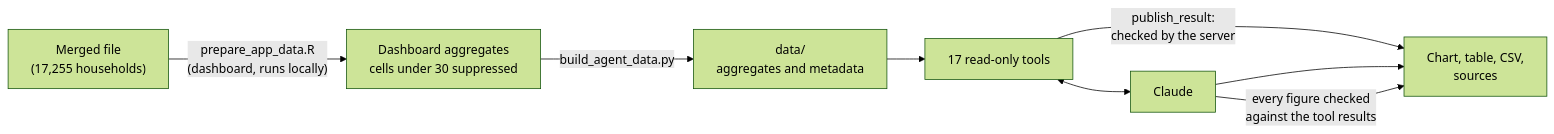
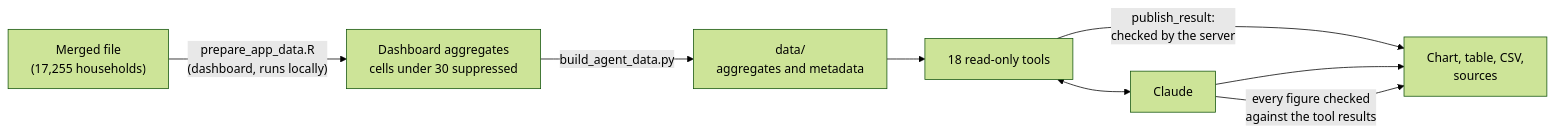
One commit to Abson-dev/wfp-chad-data-assistant changed the diagram in README.md. Above: the diagram before and after it, drawn with Mermaid (forest theme). The commit also changed other lines of this file and 10 other files, not shown here.

````diff
--- a/README.md
+++ b/README.md
@@ -47,10 +47,10 @@
 ```mermaid
 flowchart LR
   A["Merged file<br/>(17,255 households)"] -->|"prepare_app_data.R<br/>(dashboard, runs locally)"| B["Dashboard aggregates<br/>cells under 30 suppressed"]
   B -->|"build_agent_data.py"| C["data/<br/>aggregates and metadata"]
-  C --> D["17 read-only tools"]
+  C --> D["18 read-only tools"]
   D <--> E["Claude"]
   D -->|"publish_result:<br/>checked by the server"| F["Chart, table, CSV,<br/>sources"]
   E --> F
   E -->|"every figure checked<br/>against the tool results"| F
 ```
````
